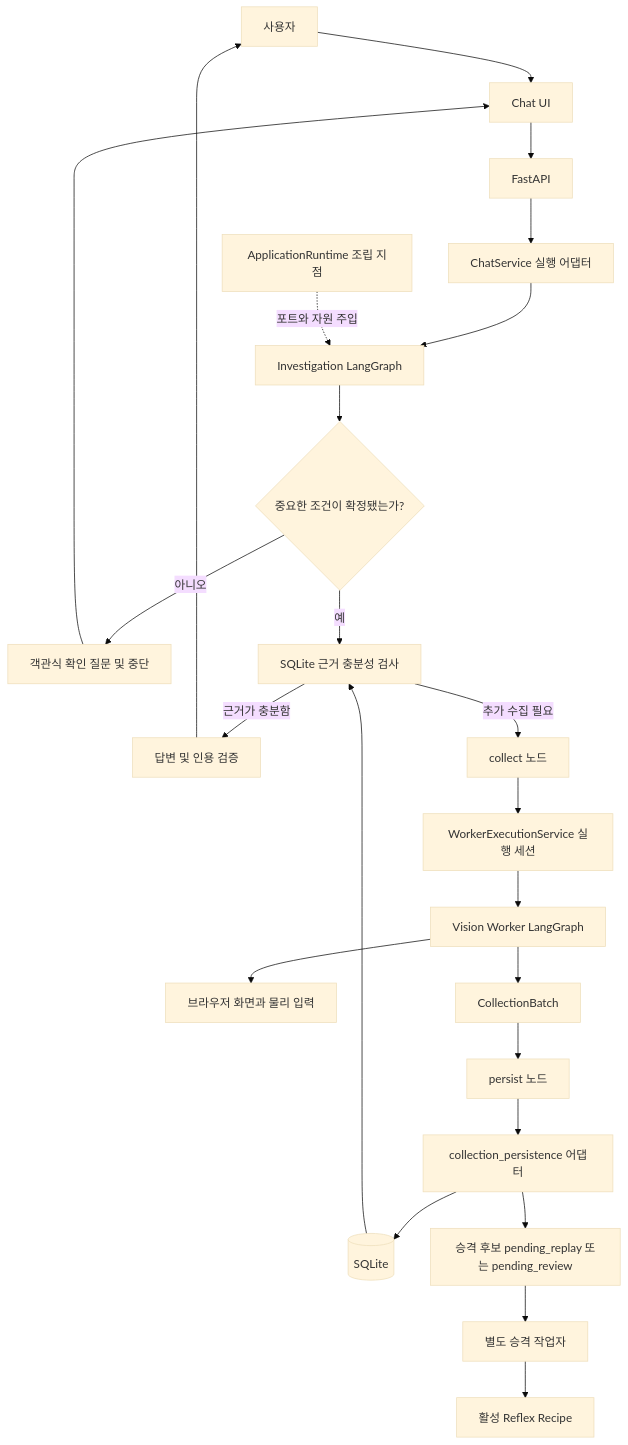
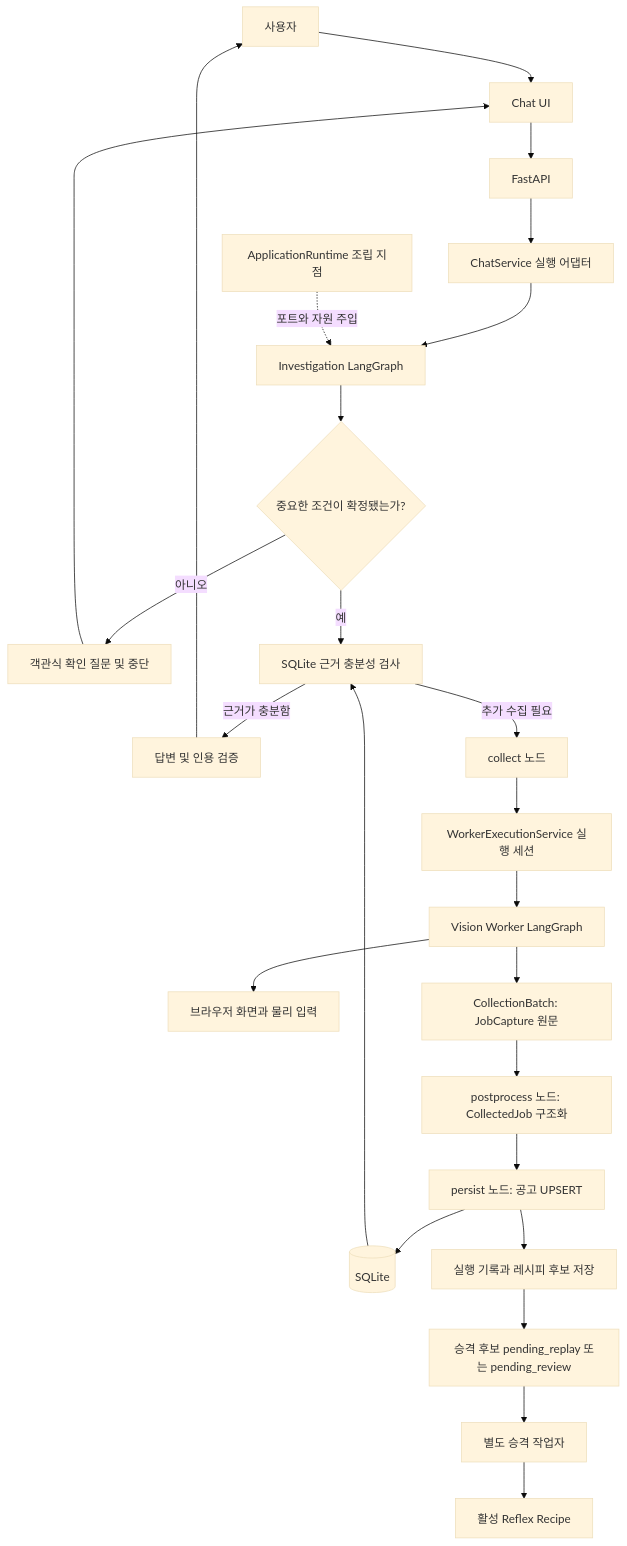
One commit to Dreamtreeme/L2C changed the first of 2 diagrams in ARCHITECTURE.md. Above: the diagram before and after it, drawn with Mermaid (base theme). The commit also changed other lines of this file and 138 other files, not shown here.

````diff
--- a/ARCHITECTURE.md
+++ b/ARCHITECTURE.md
@@ -7,26 +7,27 @@
 ```mermaid
 flowchart TD
     U[사용자] --> UI[Chat UI]
     UI --> API[FastAPI]
     API --> CS[ChatService 실행 어댑터]
     CS --> PLAN[Investigation LangGraph]
     RT[ApplicationRuntime 조립 지점] -. 포트와 자원 주입 .-> PLAN
     PLAN --> CLARIFY{중요한 조건이 확정됐는가?}
     CLARIFY -->|아니오| INPUT[객관식 확인 질문 및 중단]
     INPUT --> UI
     CLARIFY -->|예| DBQ[SQLite 근거 충분성 검사]
     DBQ -->|근거가 충분함| ANSWER[답변 및 인용 검증]
     DBQ -->|추가 수집 필요| COLLECTION[collect 노드]
     COLLECTION --> LOCK[WorkerExecutionService 실행 세션]
     LOCK --> WG[Vision Worker LangGraph]
     WG --> WEB[브라우저 화면과 물리 입력]
-    WG --> BATCH[CollectionBatch]
-    BATCH --> PERSIST[persist 노드]
-    PERSIST --> ADAPTER[collection_persistence 어댑터]
-    ADAPTER --> DB
+    WG --> BATCH[CollectionBatch: JobCapture 원문]
+    BATCH --> POSTPROCESS[postprocess 노드: CollectedJob 구조화]
+    POSTPROCESS --> STORE[persist 노드: 공고 UPSERT]
+    STORE --> DB
     DB[(SQLite)] --> DBQ
-    ADAPTER --> CANDIDATE[승격 후보 pending_replay 또는 pending_review]
+    STORE --> EXPERIENCE[실행 기록과 레시피 후보 저장]
+    EXPERIENCE --> CANDIDATE[승격 후보 pending_replay 또는 pending_review]
     CANDIDATE --> PROMOTION[별도 승격 작업자]
     PROMOTION --> RECIPE[활성 Reflex Recipe]
     ANSWER --> U
 ```
````
